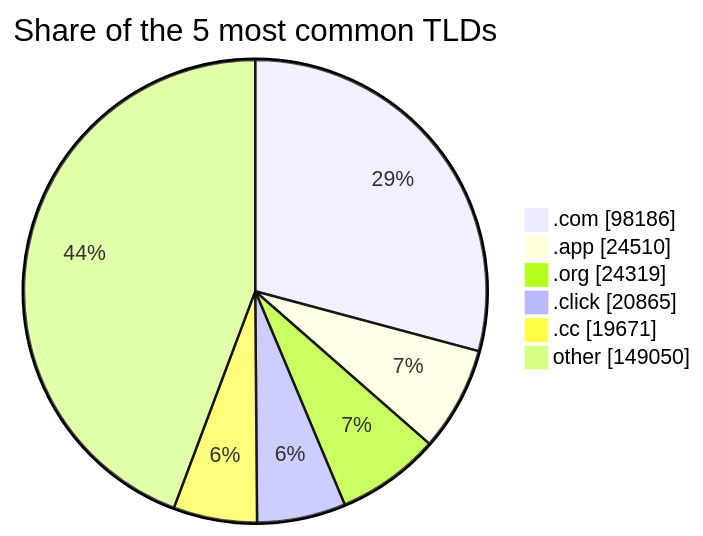
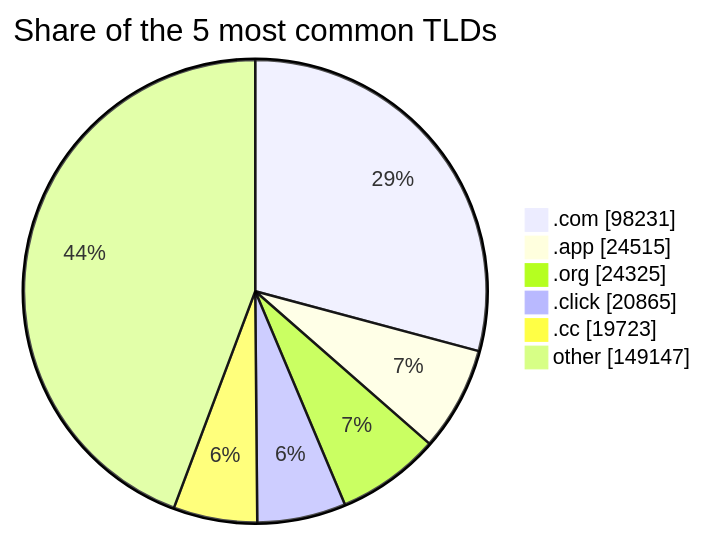
One commit to DNSBunker/CTI changed the third of 3 diagrams in README.md. Above: the diagram before and after it, drawn with Mermaid. The commit also changed other lines of this file and 3 other files, not shown here.

````diff
--- a/README.md
+++ b/README.md
@@ -81,9 +81,9 @@
 ```mermaid
 pie showData title Share of the 5 most common TLDs
-    ".com" : 98186
-    ".app" : 24510
-    ".org" : 24319
+    ".com" : 98231
+    ".app" : 24515
+    ".org" : 24325
     ".click" : 20865
-    ".cc" : 19671
-    "other" : 149050
+    ".cc" : 19723
+    "other" : 149147
 ```
````
